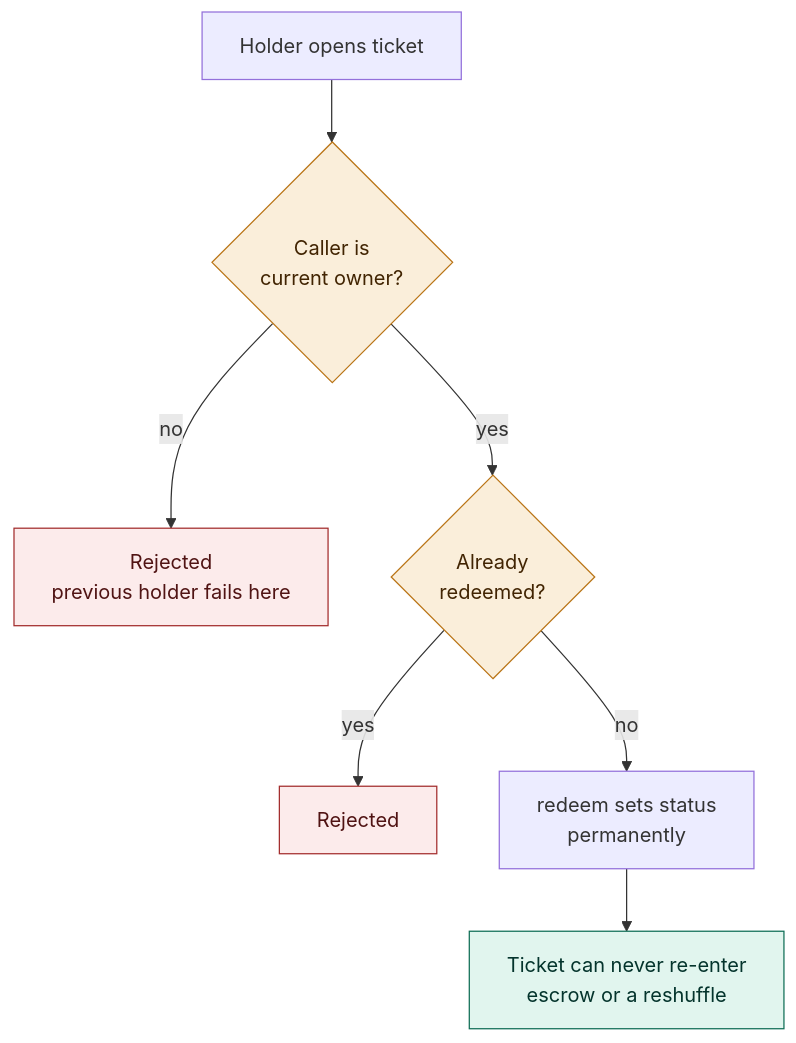
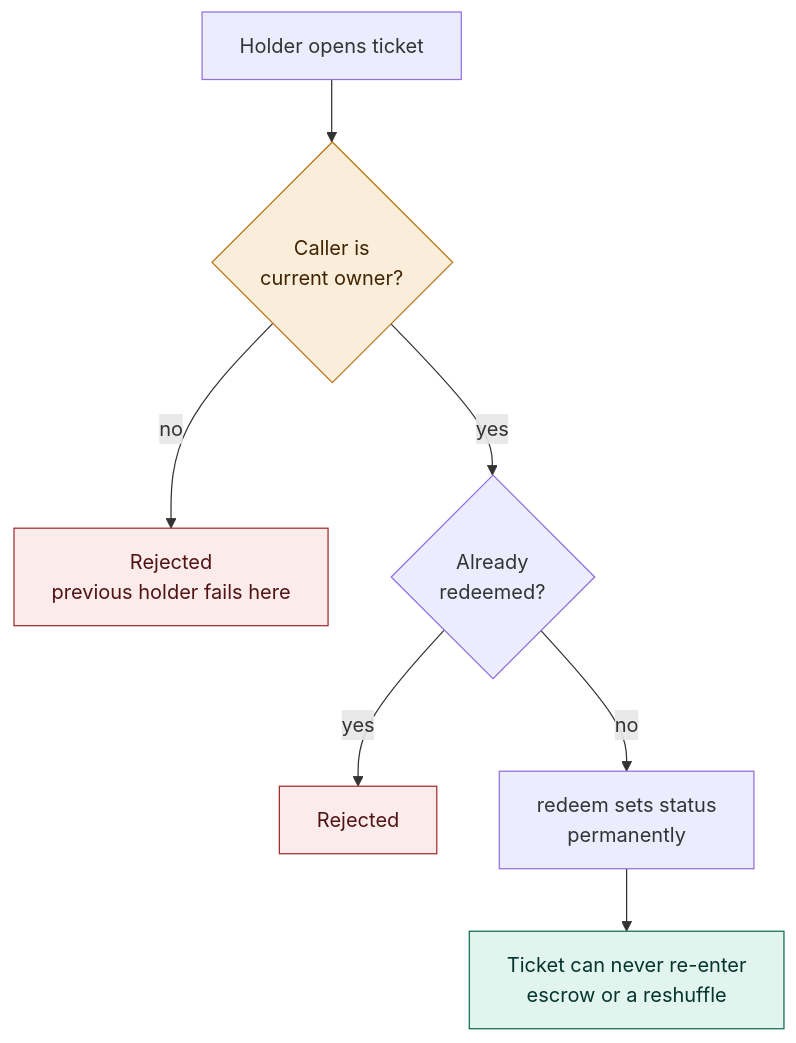
Before and after one commit to angelphoon7/online2026: diagram 11 of 26 in README.md, drawn with Mermaid. The commit also changed other lines of this file, not shown here.

````diff
--- a/README.md
+++ b/README.md
@@ -313,15 +271,16 @@
 ```mermaid
 flowchart TD
     A["Holder opens ticket"] --> B{"Caller is<br/>current owner?"}
     B -->|"no"| C["Rejected<br/>previous holder fails here"]
     B -->|"yes"| D{"Already<br/>redeemed?"}
     D -->|"yes"| E["Rejected"]
     D -->|"no"| F["redeem sets status<br/>permanently"]
     F --> G["Ticket can never re-enter<br/>escrow or a reshuffle"]
 
-    style B fill:#FAEEDA,stroke:#BA7517,color:#412402
-    style D fill:#FAEEDA,stroke:#BA7517,color:#412402
-    style C fill:#FCEBEB,stroke:#A32D2D,color:#501313
-    style E fill:#FCEBEB,stroke:#A32D2D,color:#501313
-    style G fill:#E1F5EE,stroke:#0F6E56,color:#04342C
+    classDef ok fill:#E1F5EE,stroke:#0F6E56,stroke-width:1px,color:#04342C
+    classDef bad fill:#FCEBEB,stroke:#A32D2D,stroke-width:1px,color:#501313
+    classDef decide fill:#FAEEDA,stroke:#BA7517,stroke-width:1px,color:#412402
+    class G ok
+    class C,E bad
+    class B decide
 ```
````
